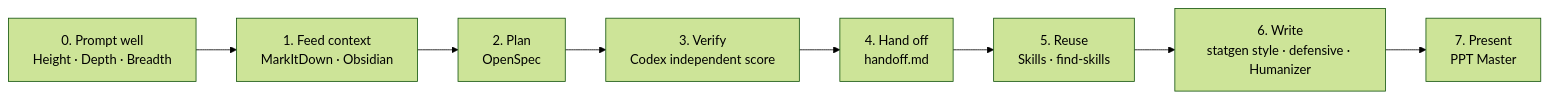
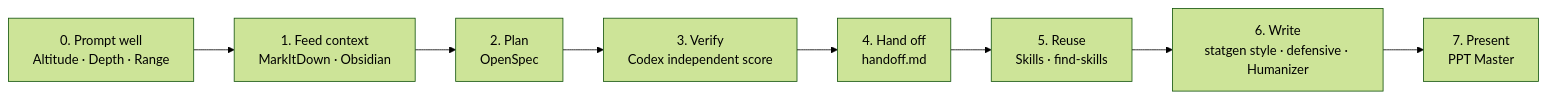
One commit to al4225/claude_code changed the diagram in code/wiki/AI_Research_Toolkit.md. Above: the diagram before and after it, drawn with Mermaid (forest theme). The commit also changed other lines of this file and 62 other files, not shown here.

````diff
--- a/code/wiki/AI_Research_Toolkit.md
+++ b/code/wiki/AI_Research_Toolkit.md
@@ -9,10 +9,10 @@
 ```mermaid
 flowchart LR
-    A["0. Prompt well<br/>Height · Depth · Breadth"] --> B["1. Feed context<br/>MarkItDown · Obsidian"]
+    A["0. Prompt well<br/>Altitude · Depth · Range"] --> B["1. Feed context<br/>MarkItDown · Obsidian"]
     B --> C["2. Plan<br/>OpenSpec"]
     C --> D["3. Verify<br/>Codex independent score"]
     D --> E["4. Hand off<br/>handoff.md"]
     E --> F["5. Reuse<br/>Skills · find-skills"]
     F --> G["6. Write<br/>statgen style · defensive · Humanizer"]
     G --> H["7. Present<br/>PPT Master"]
 ```
````
